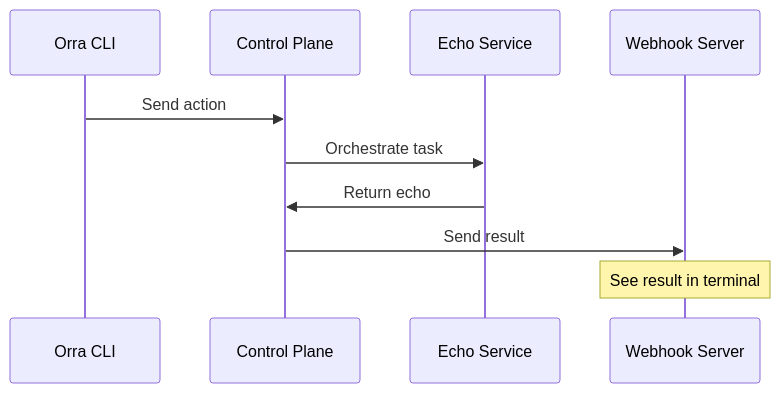
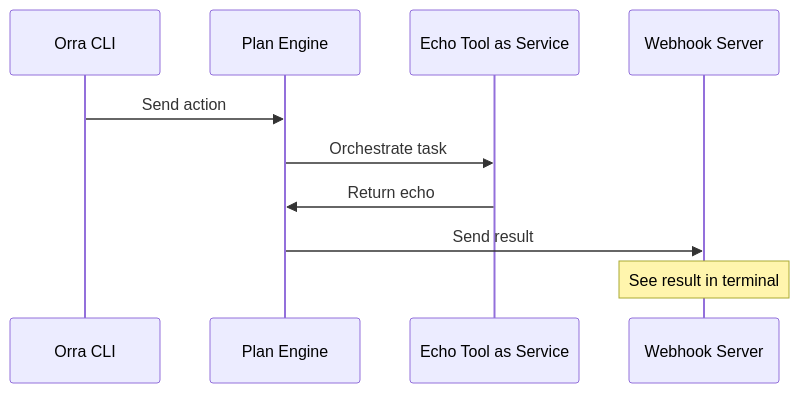
One commit to orra-dev/orra changed the diagram in examples/echo-js/README.md. Above: the diagram before and after it, drawn with Mermaid. The commit also changed other lines of this file and 110 other files, not shown here.

First line of the commit message:
Migrating towards the Plan Engine concept away from Control Plane (#184)

````diff
--- a/examples/echo-js/README.md
+++ b/examples/echo-js/README.md
@@ -5,13 +5,13 @@
 ```mermaid
 sequenceDiagram
     participant CLI as Orra CLI
-    participant CP as Control Plane
-    participant ES as Echo Service
+    participant PE as Plan Engine
+    participant ES as Echo Tool as Service
     participant WH as Webhook Server
 
-    CLI->>CP: Send action
-    CP->>ES: Orchestrate task
-    ES->>CP: Return echo
-    CP->>WH: Send result
+    CLI->>PE: Send action
+    PE->>ES: Orchestrate task
+    ES->>PE: Return echo
+    PE->>WH: Send result
     Note over WH: See result in terminal
 ```
````
